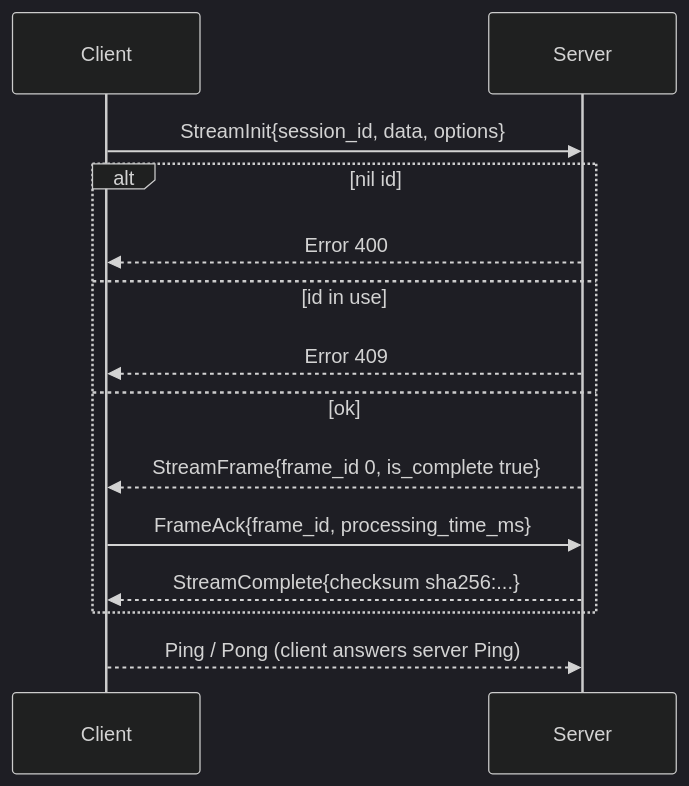
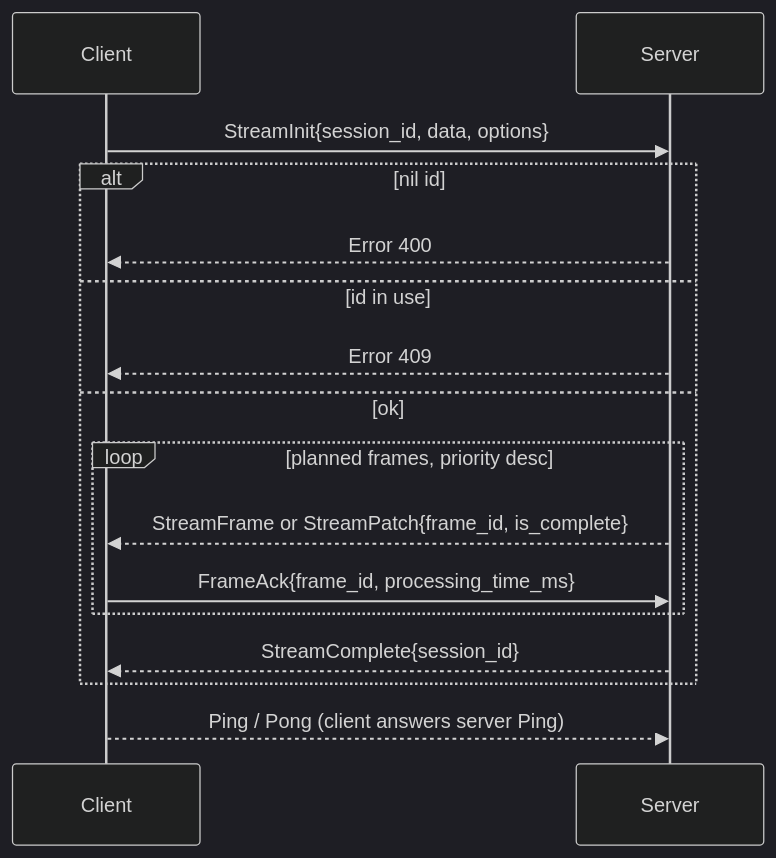
One commit to bug-ops/pjs changed the diagram in specs/websocket/067-websocket-wire-protocol/plan.md. Above: the diagram before and after it, drawn with Mermaid (dark theme). The commit also changed other lines of this file and 87 other files, not shown here.

First line of the commit message:
feat(pjson-rs)!: typed errors, patch framing for WebSocket streams, domain stream and shutdown marker fixes (#665)

````diff
--- a/specs/websocket/067-websocket-wire-protocol/plan.md
+++ b/specs/websocket/067-websocket-wire-protocol/plan.md
@@ -23,16 +24,18 @@
 ```mermaid
 sequenceDiagram
   participant C as Client
   participant S as Server
   C->>S: StreamInit{session_id, data, options}
   alt nil id
     S-->>C: Error 400
   else id in use
     S-->>C: Error 409
   else ok
-    S-->>C: StreamFrame{frame_id 0, is_complete true}
-    C->>S: FrameAck{frame_id, processing_time_ms}
-    S-->>C: StreamComplete{checksum sha256:...}
+    loop planned frames, priority desc
+      S-->>C: StreamFrame or StreamPatch{frame_id, is_complete}
+      C->>S: FrameAck{frame_id, processing_time_ms}
+    end
+    S-->>C: StreamComplete{session_id}
   end
   C-->>S: Ping / Pong (client answers server Ping)
 ```
````
